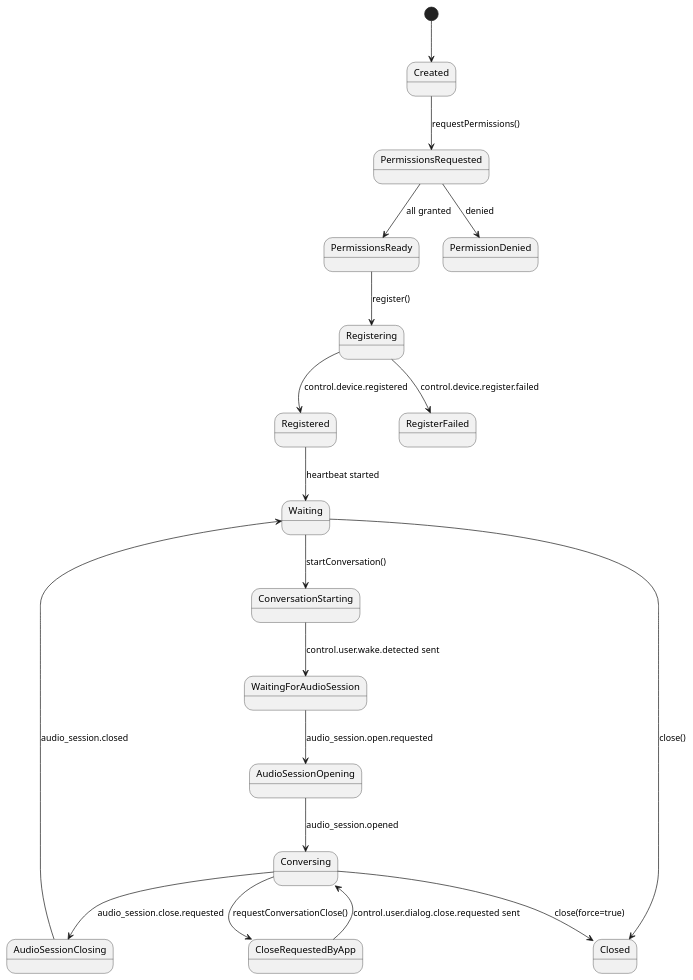
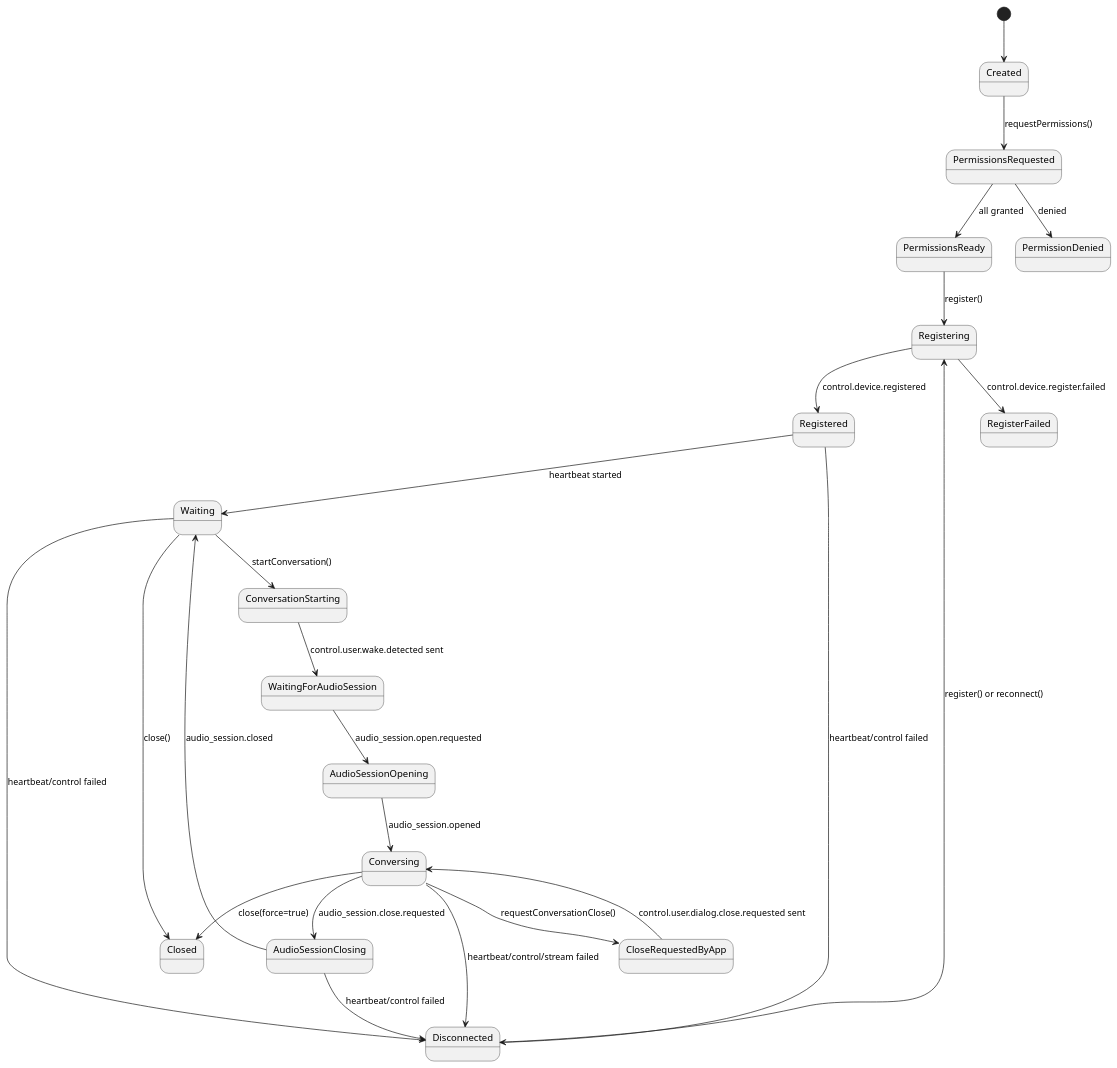
The first of 2 diagrams in devices/swift/SWIFT_DEVICE_SDK_DESIGN.md (HengeLiu/RealtimeAgent), drawn with PlantUML before and after one commit. The commit also changed other lines of this file and 11 other files, not shown here.

````diff
--- a/devices/swift/SWIFT_DEVICE_SDK_DESIGN.md
+++ b/devices/swift/SWIFT_DEVICE_SDK_DESIGN.md
@@ -88,22 +96,27 @@
 ```plantuml
 @startuml
 [*] --> Created
 Created --> PermissionsRequested : requestPermissions()
 PermissionsRequested --> PermissionsReady : all granted
 PermissionsRequested --> PermissionDenied : denied
 PermissionsReady --> Registering : register()
 Registering --> Registered : control.device.registered
 Registering --> RegisterFailed : control.device.register.failed
 Registered --> Waiting : heartbeat started
+Registered --> Disconnected : heartbeat/control failed
 Waiting --> ConversationStarting : startConversation()
 ConversationStarting --> WaitingForAudioSession : control.user.wake.detected sent
 WaitingForAudioSession --> AudioSessionOpening : audio_session.open.requested
 AudioSessionOpening --> Conversing : audio_session.opened
 Conversing --> CloseRequestedByApp : requestConversationClose()
 CloseRequestedByApp --> Conversing : control.user.dialog.close.requested sent
 Conversing --> AudioSessionClosing : audio_session.close.requested
 AudioSessionClosing --> Waiting : audio_session.closed
+Waiting --> Disconnected : heartbeat/control failed
+Conversing --> Disconnected : heartbeat/control/stream failed
+AudioSessionClosing --> Disconnected : heartbeat/control failed
+Disconnected --> Registering : register() or reconnect()
 Waiting --> Closed : close()
 Conversing --> Closed : close(force=true)
 @enduml
 ```
````
